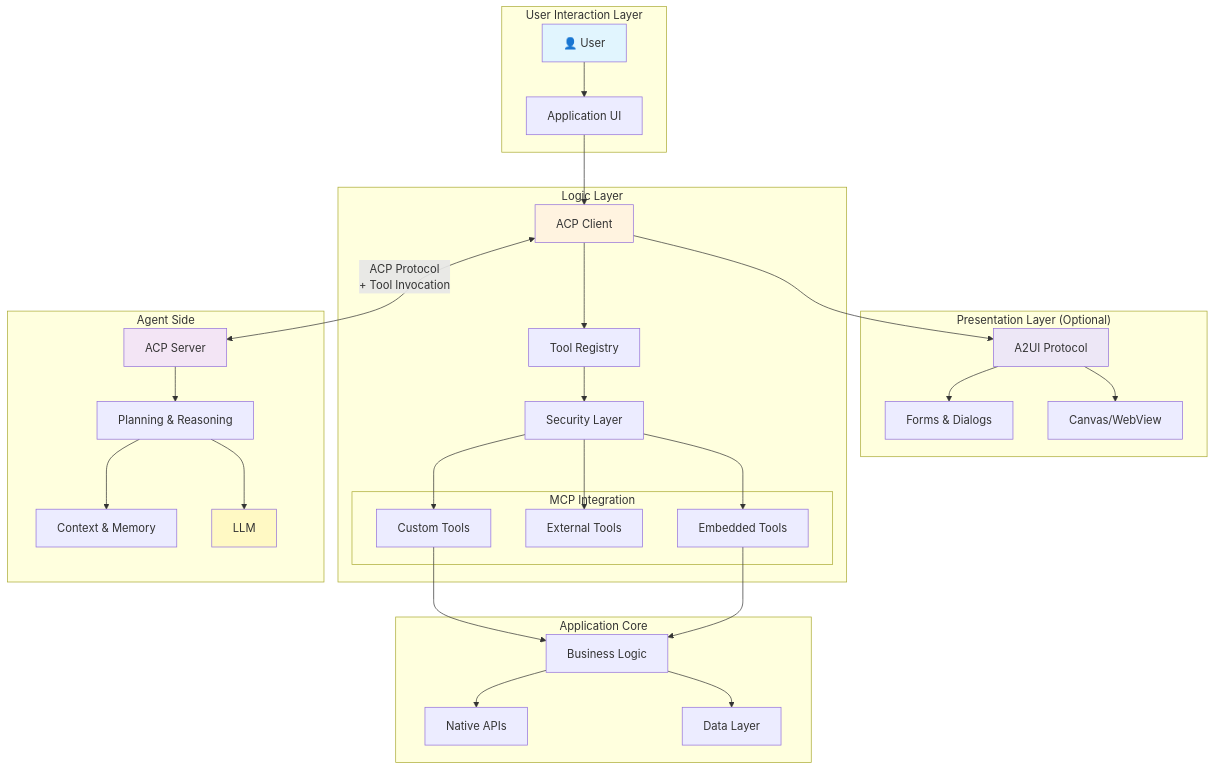
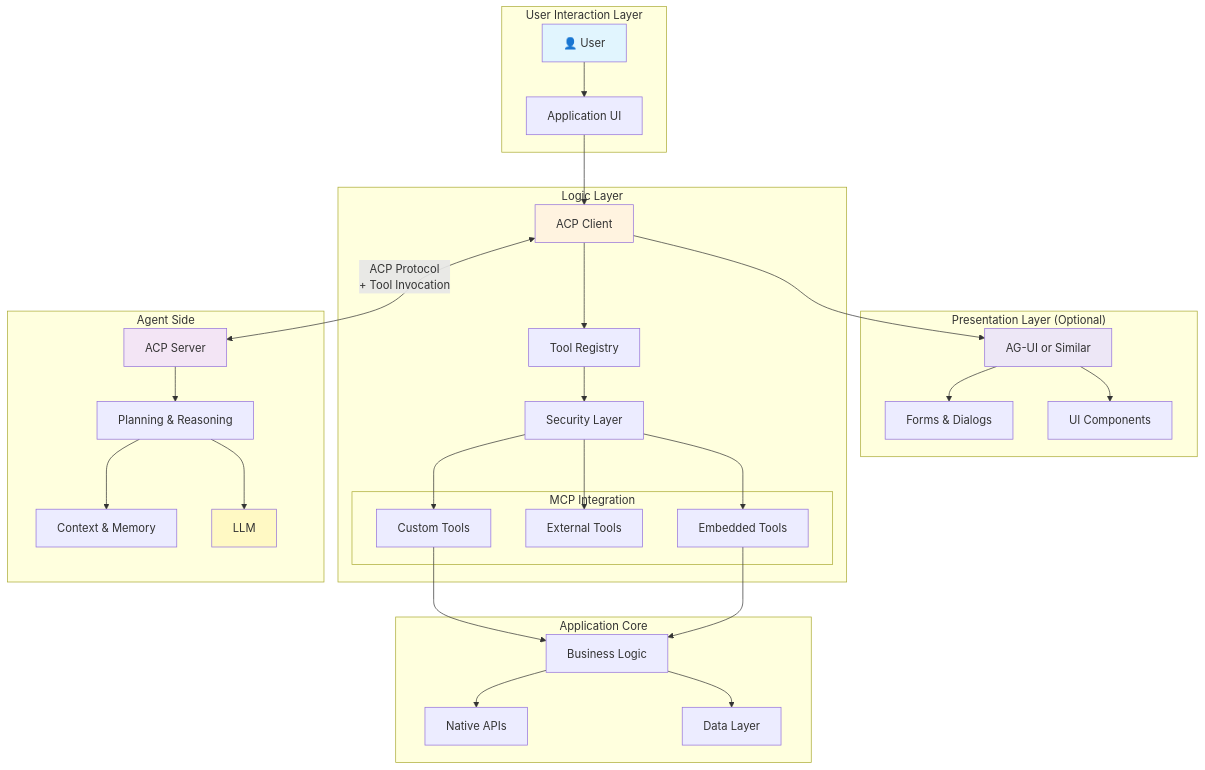
One commit to EponaLab/universal-agent-protocol changed the tenth of 12 diagrams in DIAGRAMS.md. Above: the diagram before and after it, drawn with Mermaid. The commit also changed other lines of this file and 1 other file, not shown here.

First line of the commit message:
Update FAQ and diagrams to reflect AG-UI

````diff
--- a/DIAGRAMS.md
+++ b/DIAGRAMS.md
@@ -281,68 +281,68 @@
 ```mermaid
 graph TB
     subgraph "User Interaction Layer"
         User[👤 User]
         UI[Application UI]
     end
     
     subgraph "Presentation Layer (Optional)"
-        A2UI[A2UI Protocol]
-        Canvas[Canvas/WebView]
+        AGUI[AG-UI or Similar]
+        Canvas[UI Components]
         Forms[Forms & Dialogs]
     end
     
     subgraph "Logic Layer"
         ACPC[ACP Client]
         ToolReg[Tool Registry]
         Security[Security Layer]
         
         subgraph "MCP Integration"
             Embedded[Embedded Tools]
             External[External Tools]
             Custom[Custom Tools]
         end
     end
     
     subgraph "Application Core"
         AppLogic[Business Logic]
         Data[Data Layer]
         Native[Native APIs]
     end
     
     subgraph "Agent Side"
         ACPS[ACP Server]
         Planning[Planning & Reasoning]
         LLM[LLM]
         Memory[Context & Memory]
     end
     
     User --> UI
     UI --> ACPC
     
-    ACPC --> A2UI
-    A2UI --> Canvas
-    A2UI --> Forms
+    ACPC --> AGUI
+    AGUI --> Canvas
+    AGUI --> Forms
     
     ACPC --> ToolReg
     ToolReg --> Security
     Security --> Embedded
     Security --> External
     Security --> Custom
     
     Embedded --> AppLogic
     Custom --> AppLogic
     AppLogic --> Data
     AppLogic --> Native
     
     ACPC <-->|ACP Protocol<br/>+ Tool Invocation| ACPS
     
     ACPS --> Planning
     Planning --> LLM
     Planning --> Memory
     
     style User fill:#e1f5fe
     style ACPC fill:#fff3e0
     style ACPS fill:#f3e5f5
-    style A2UI fill:#ede7f6
+    style AGUI fill:#ede7f6
     style LLM fill:#fff9c4
 ```
````
